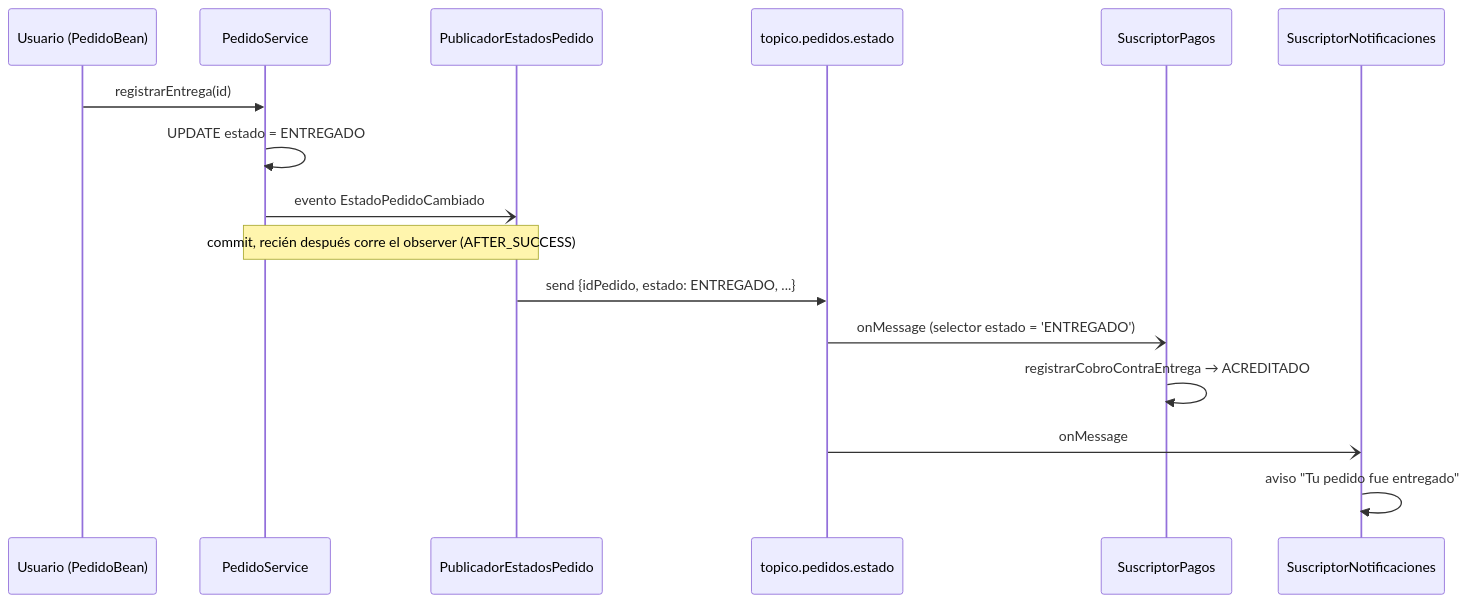
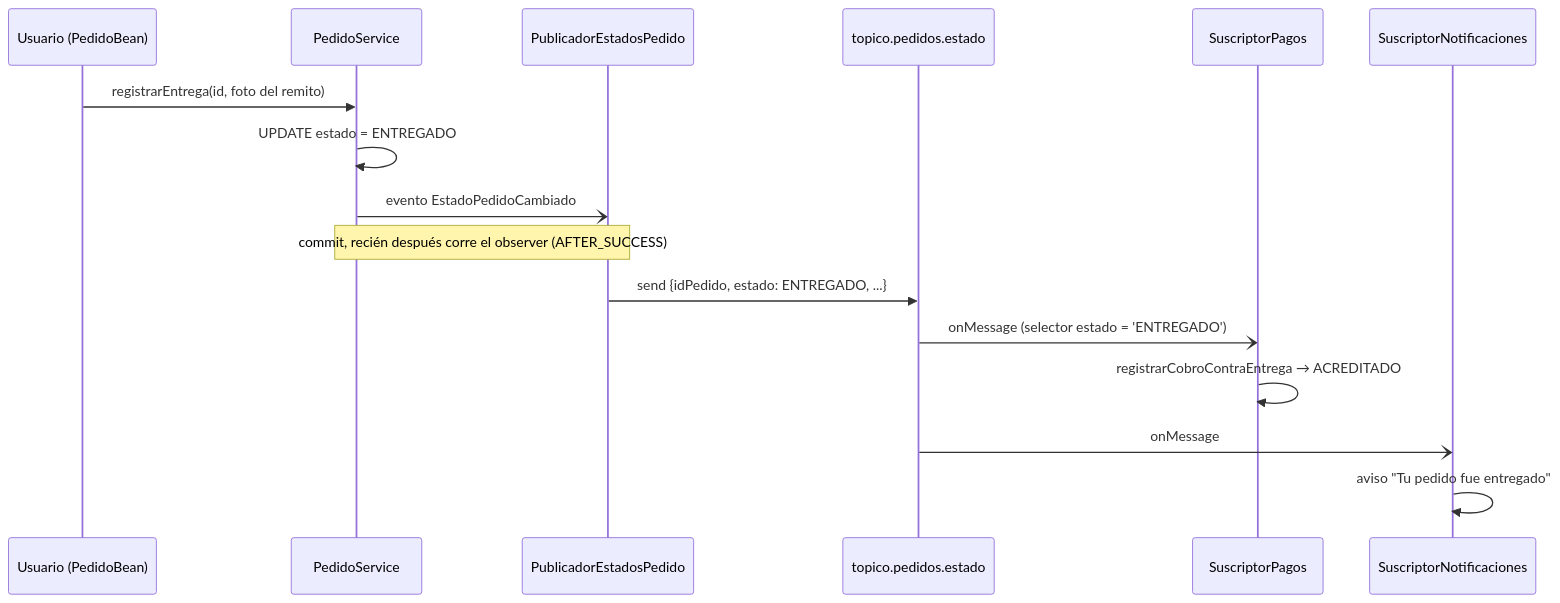
The second of 2 diagrams in docs/integraciones/MENSAJERIA-ASINCRONICA.md (feliforte14/Rabbit), drawn with Mermaid before and after one commit. The commit also changed 37 other files, not shown here.

````diff
--- a/docs/integraciones/MENSAJERIA-ASINCRONICA.md
+++ b/docs/integraciones/MENSAJERIA-ASINCRONICA.md
@@ -98,18 +98,18 @@
 ```mermaid
 sequenceDiagram
     participant U as Usuario (PedidoBean)
     participant PS as PedidoService
     participant Pub as PublicadorEstadosPedido
     participant T as topico.pedidos.estado
     participant Pag as SuscriptorPagos
     participant Not as SuscriptorNotificaciones
-    U->>PS: registrarEntrega(id)
+    U->>PS: registrarEntrega(id, foto del remito)
     PS->>PS: UPDATE estado = ENTREGADO
     PS-)Pub: evento EstadoPedidoCambiado
     Note over PS,Pub: commit, recién después corre el observer (AFTER_SUCCESS)
     Pub->>T: send {idPedido, estado: ENTREGADO, ...}
     T-)Pag: onMessage (selector estado = 'ENTREGADO')
     Pag->>Pag: registrarCobroContraEntrega → ACREDITADO
     T-)Not: onMessage
     Not->>Not: aviso "Tu pedido fue entregado"
 ```
````
